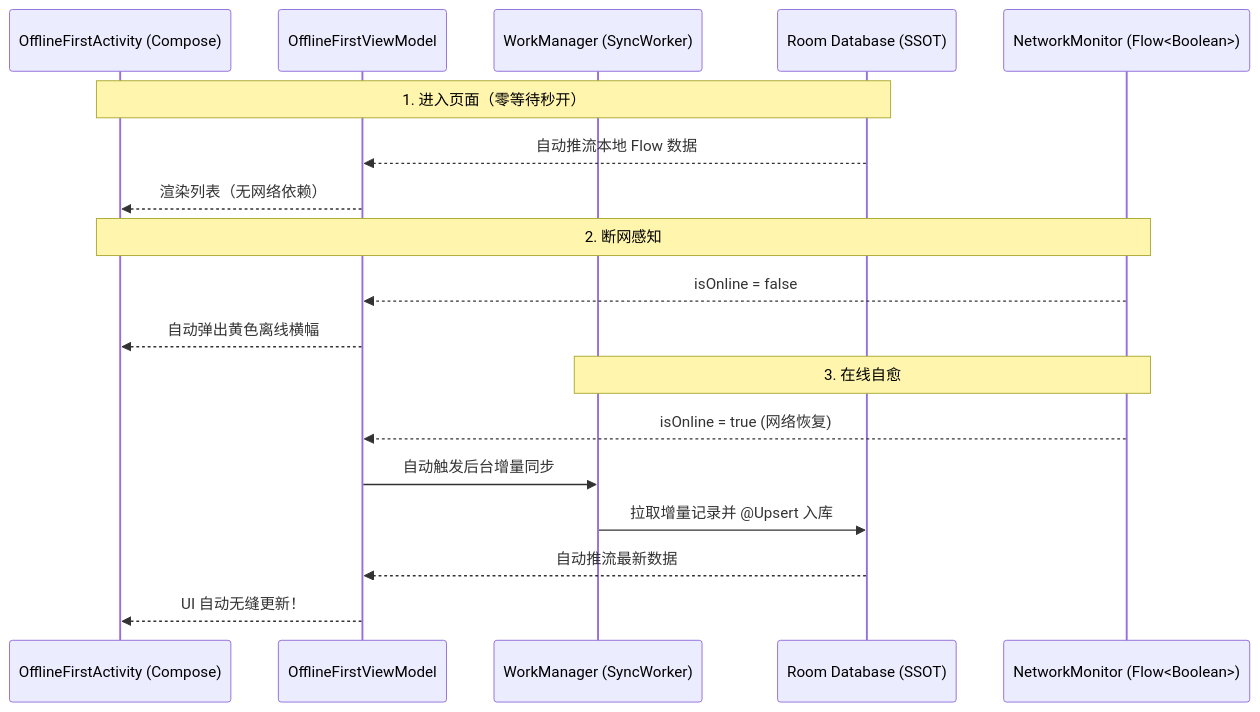
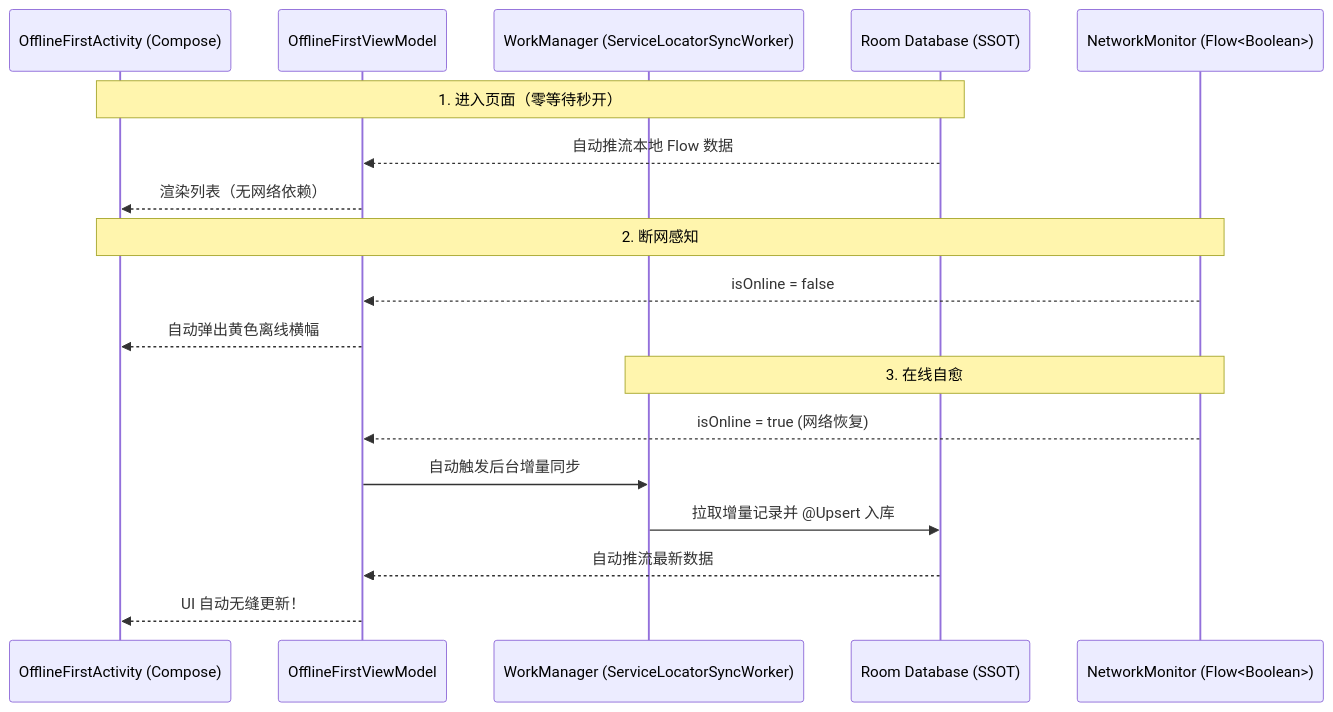
Before and after one commit to wuwei94/MyApplication: the third of 4 diagrams in docs/03-architecture/architecture.md, drawn with Mermaid. The commit also changed other lines of this file and 56 other files, not shown here.

First line of the commit message:
feat(basic_sync): Sync Worker 平行装配与平行页命名对称

````diff
--- a/docs/03-architecture/architecture.md
+++ b/docs/03-architecture/architecture.md
@@ -285,23 +285,23 @@
 ```mermaid
 sequenceDiagram
     participant UI as OfflineFirstActivity (Compose)
     participant VM as OfflineFirstViewModel
-    participant Sync as WorkManager (SyncWorker)
+    participant Sync as WorkManager (ServiceLocatorSyncWorker)
     participant DB as Room Database (SSOT)
     participant Net as NetworkMonitor (Flow<Boolean>)
 
     Note over UI, DB: 1. 进入页面（零等待秒开）
     DB-->>VM: 自动推流本地 Flow 数据
     VM-->>UI: 渲染列表（无网络依赖）
 
     Note over Net, UI: 2. 断网感知
     Net-->>VM: isOnline = false
     VM-->>UI: 自动弹出黄色离线横幅
 
     Note over Net, Sync: 3. 在线自愈
     Net-->>VM: isOnline = true (网络恢复)
     VM->>Sync: 自动触发后台增量同步
     Sync->>DB: 拉取增量记录并 @Upsert 入库
     DB-->>VM: 自动推流最新数据
     VM-->>UI: UI 自动无缝更新！
 ```
````
